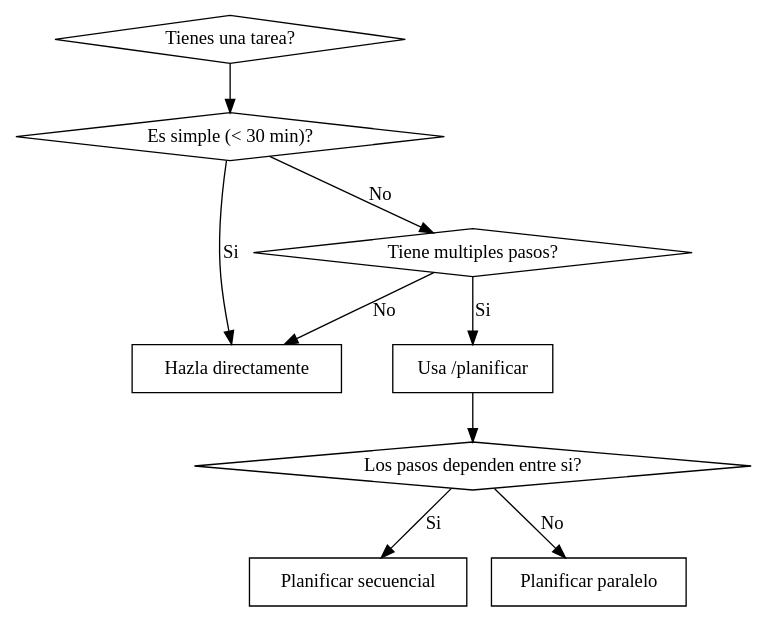
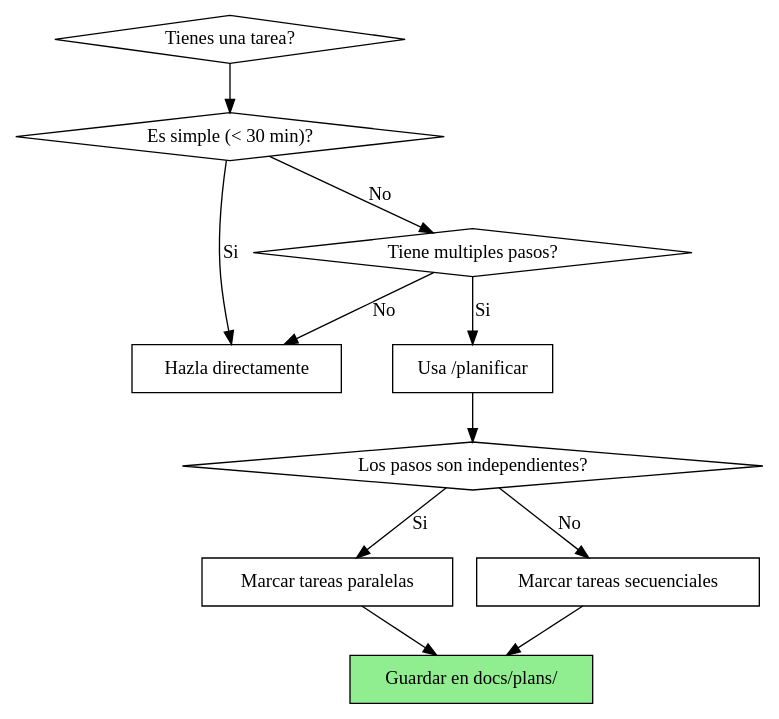
Before and after one commit to adriestevezdev/cc-partner: the diagram in skills/planificar/skill.md, drawn with Graphviz. The commit also changed other lines of this file and 5 other files, not shown here.

````diff
--- a/skills/planificar/skill.md
+++ b/skills/planificar/skill.md
@@ -16,21 +18,24 @@
 ```dot
 digraph when_to_use {
     "Tienes una tarea?" [shape=diamond];
     "Es simple (< 30 min)?" [shape=diamond];
     "Hazla directamente" [shape=box];
     "Tiene multiples pasos?" [shape=diamond];
     "Usa /planificar" [shape=box];
-    "Los pasos dependen entre si?" [shape=diamond];
-    "Planificar secuencial" [shape=box];
-    "Planificar paralelo" [shape=box];
+    "Los pasos son independientes?" [shape=diamond];
+    "Marcar tareas paralelas" [shape=box];
+    "Marcar tareas secuenciales" [shape=box];
+    "Guardar en docs/plans/" [shape=box style=filled fillcolor=lightgreen];
 
     "Tienes una tarea?" -> "Es simple (< 30 min)?";
     "Es simple (< 30 min)?" -> "Hazla directamente" [label="Si"];
     "Es simple (< 30 min)?" -> "Tiene multiples pasos?" [label="No"];
     "Tiene multiples pasos?" -> "Usa /planificar" [label="Si"];
     "Tiene multiples pasos?" -> "Hazla directamente" [label="No"];
-    "Usa /planificar" -> "Los pasos dependen entre si?";
-    "Los pasos dependen entre si?" -> "Planificar secuencial" [label="Si"];
-    "Los pasos dependen entre si?" -> "Planificar paralelo" [label="No"];
+    "Usa /planificar" -> "Los pasos son independientes?";
+    "Los pasos son independientes?" -> "Marcar tareas paralelas" [label="Si"];
+    "Los pasos son independientes?" -> "Marcar tareas secuenciales" [label="No"];
+    "Marcar tareas paralelas" -> "Guardar en docs/plans/";
+    "Marcar tareas secuenciales" -> "Guardar en docs/plans/";
 }
 ```
````
